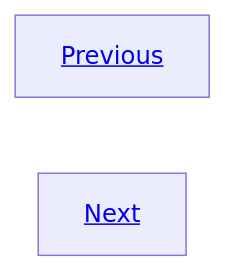
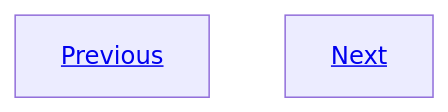
One commit to Saravana1992-java/java-tutorial changed the second of 2 diagrams in 1-oops/ProgrammingParadigm.md. Above: the diagram before and after it, drawn with Mermaid. The commit also changed 1 other file, not shown here.

Commit message:
RL with TD

````diff
--- a/1-oops/ProgrammingParadigm.md
+++ b/1-oops/ProgrammingParadigm.md
@@ -205,7 +205,7 @@
 ```mermaid
-flowchart RL
+flowchart TD
     README["<a href='./Saravana1992-java/java-tutorial/blob/main/Readme.md/'>Previous</a>"]
 
-    OOPS["<a href='./Saravana1992-java/java-tutorial/blob/main/1-oops/OOPs.md/'>Next</a>"]
+    OOPS["<a href='./Saravana1992-java/java-tutorial/blob/main/1-oops/OOPS.md/'>Next</a>"]
 
 ```
````
